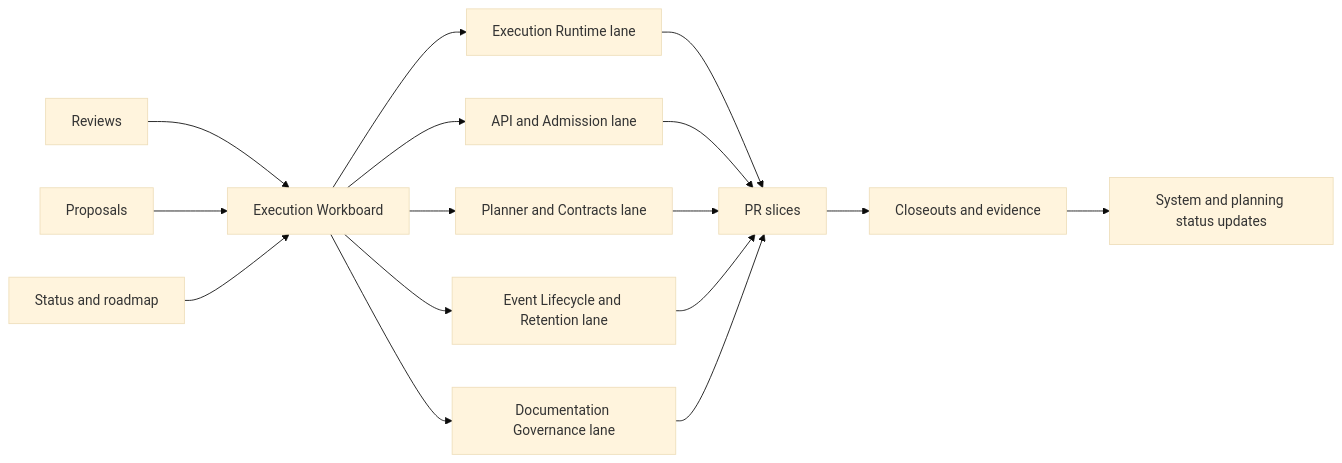
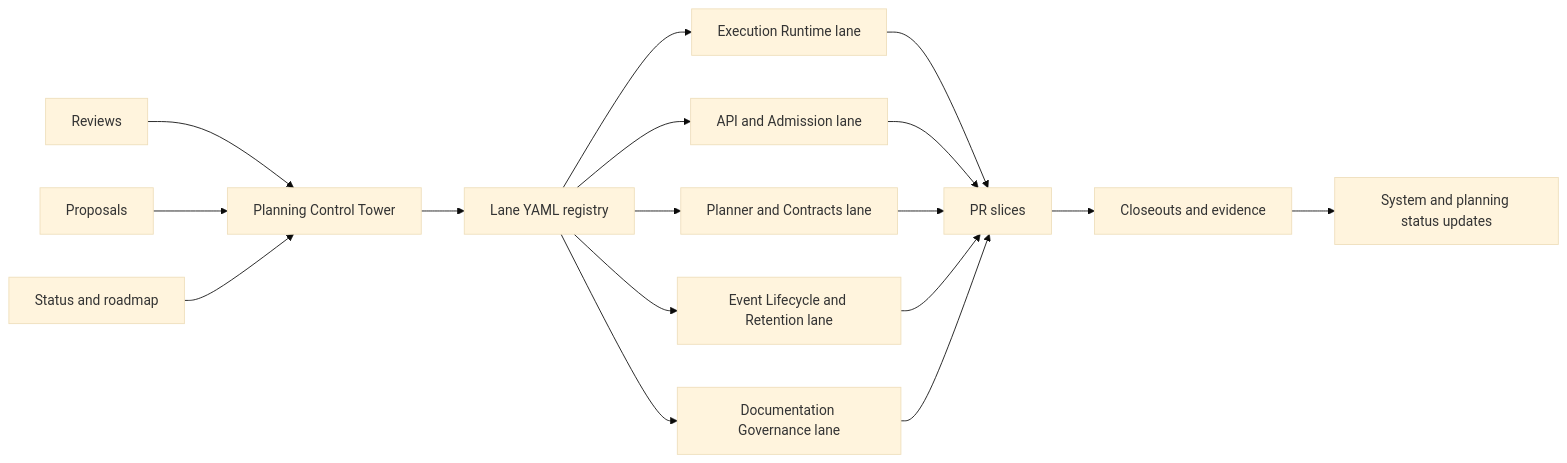
Before and after one commit to dunay2/dvt: the diagram in docs/planning/roadmap/diagrams/execution-tracking-flow.md, drawn with Mermaid (base theme). The commit also changed other lines of this file and 61 other files, not shown here.

````diff
--- a/docs/planning/roadmap/diagrams/execution-tracking-flow.md
+++ b/docs/planning/roadmap/diagrams/execution-tracking-flow.md
@@ -14,25 +14,28 @@
 ```mermaid
 flowchart LR
   REV[Reviews]
   PROP[Proposals]
   STATUS[Status and roadmap]
+  CTRL[Planning Control Tower]
+  REG[Lane YAML registry]
 
-  REV --> WB[Execution Workboard]
-  PROP --> WB
-  STATUS --> WB
+  REV --> CTRL
+  PROP --> CTRL
+  STATUS --> CTRL
+  CTRL --> REG
 
-  WB --> L1[Execution Runtime lane]
-  WB --> L2[API and Admission lane]
-  WB --> L3[Planner and Contracts lane]
-  WB --> L4[Event Lifecycle and Retention lane]
-  WB --> L5[Documentation Governance lane]
+  REG --> L1[Execution Runtime lane]
+  REG --> L2[API and Admission lane]
+  REG --> L3[Planner and Contracts lane]
+  REG --> L4[Event Lifecycle and Retention lane]
+  REG --> L5[Documentation Governance lane]
 
   L1 --> PR[PR slices]
   L2 --> PR
   L3 --> PR
   L4 --> PR
   L5 --> PR
 
   PR --> CLO[Closeouts and evidence]
   CLO --> SYNC[System and planning status updates]
 ```
````
